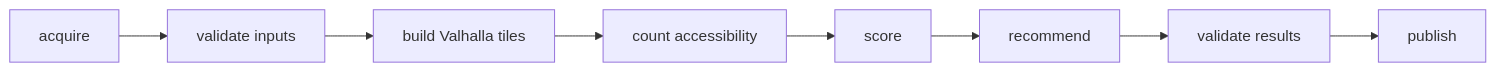
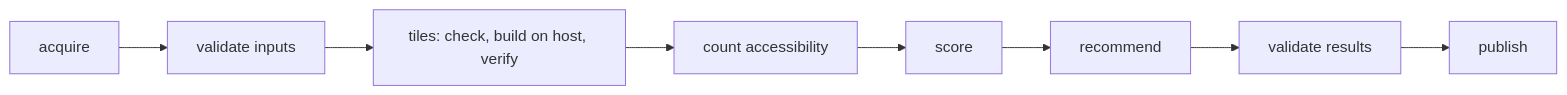
The second of 2 diagrams in docs/architecture.md (IsochroneLabs/reach), drawn with Mermaid before and after one commit. The commit also changed other lines of this file and 3 other files, not shown here.

First line of the commit message:
docs(repo): fix review findings in P0 plan and architecture

````diff
--- a/docs/architecture.md
+++ b/docs/architecture.md
@@ -291,5 +294,5 @@
 ```mermaid
 flowchart LR
-    A[acquire] --> B[validate inputs] --> C[build Valhalla tiles] --> D[count accessibility]
+    A[acquire] --> B[validate inputs] --> C[tiles: check, build on host, verify] --> D[count accessibility]
     D --> E[score] --> F[recommend] --> G[validate results] --> H[publish]
 ```
````
